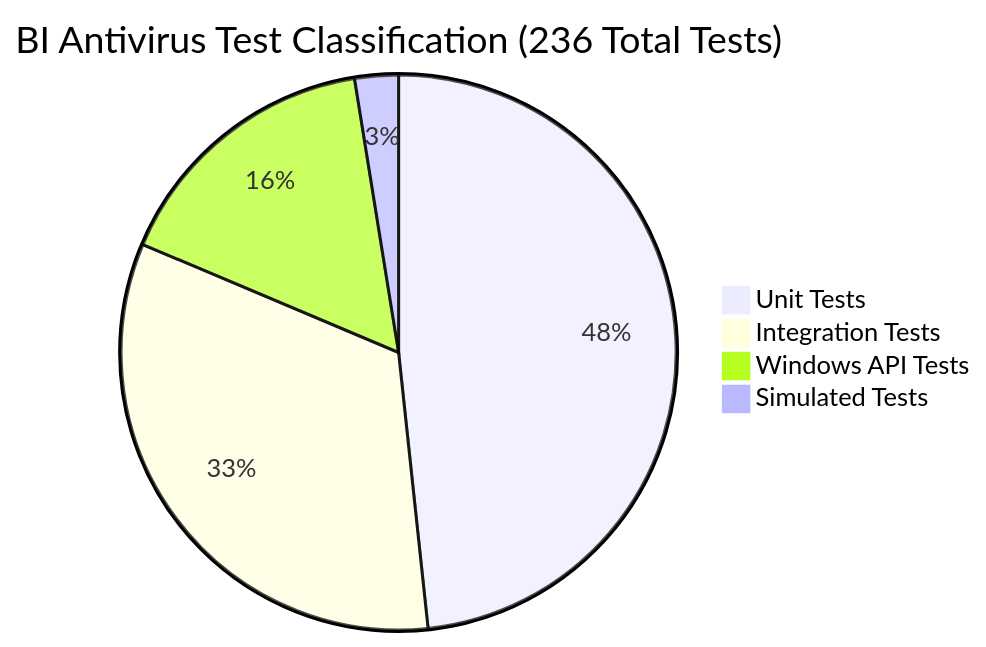
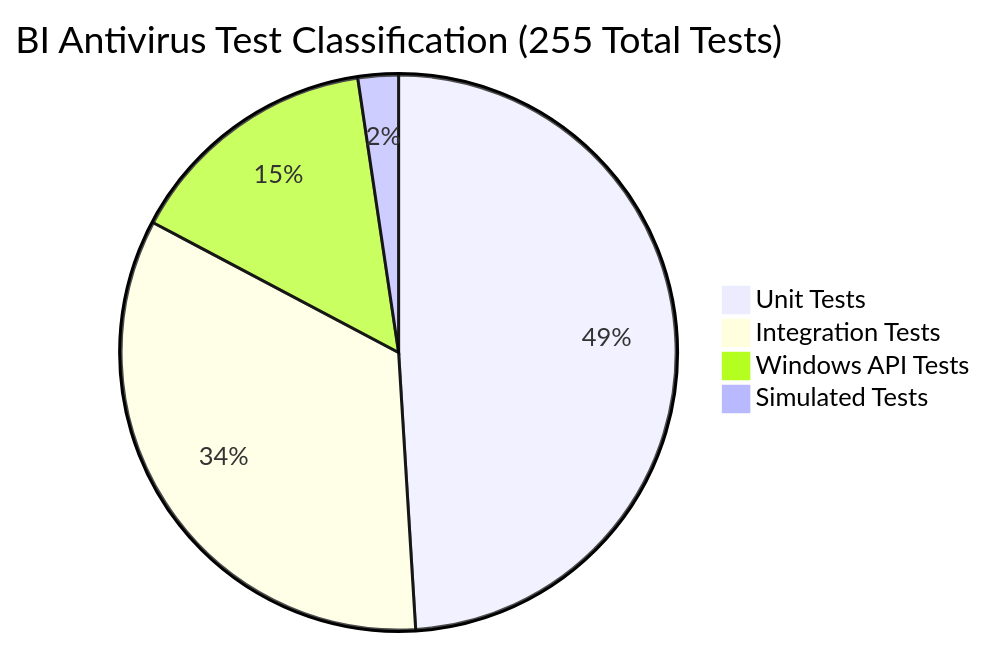
The diagram in docs/FINAL_TEST_EVIDENCE.md (jitendersainik2006-ops/BI-Antivirus), drawn with Mermaid before and after one commit. The commit also changed other lines of this file and 6 other files, not shown here.

````diff
--- a/docs/FINAL_TEST_EVIDENCE.md
+++ b/docs/FINAL_TEST_EVIDENCE.md
@@ -48,7 +49,7 @@
 ```mermaid
-pie title BI Antivirus Test Classification (236 Total Tests)
-    "Unit Tests" : 114
-    "Integration Tests" : 78
+pie title BI Antivirus Test Classification (255 Total Tests)
+    "Unit Tests" : 125
+    "Integration Tests" : 86
     "Windows API Tests" : 38
     "Simulated Tests" : 6
 ```
````
